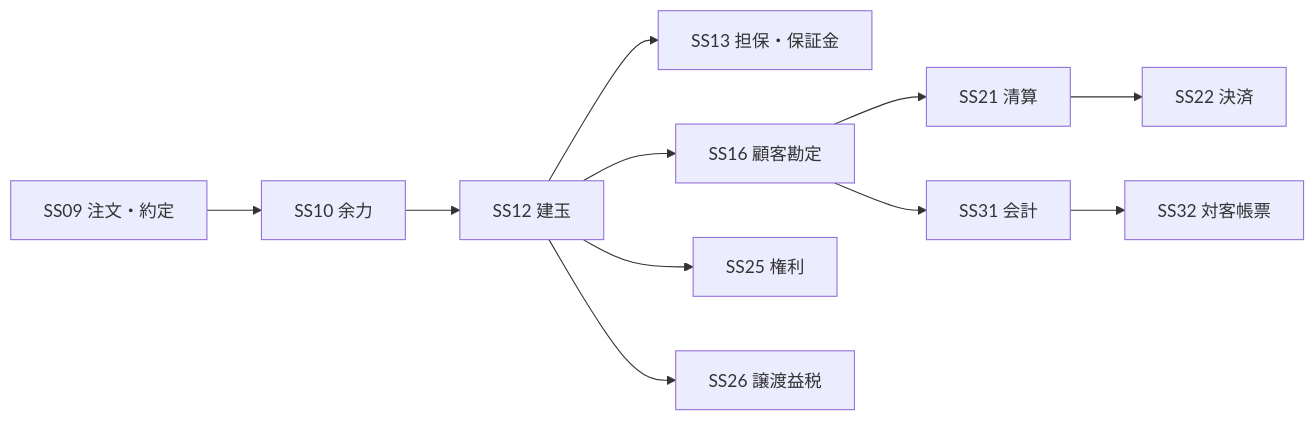
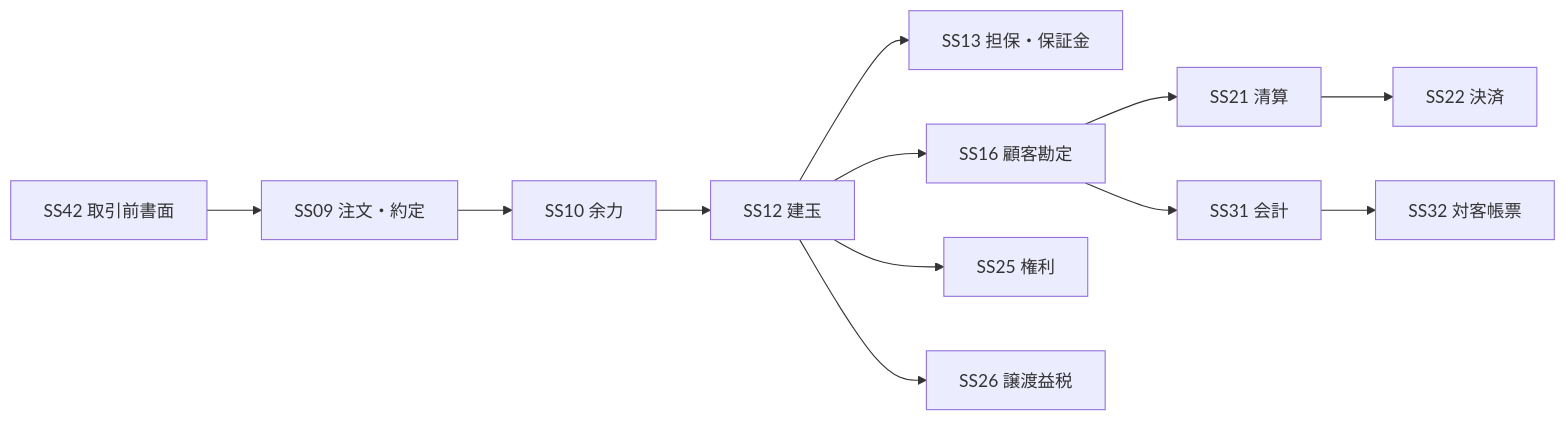
The diagram in docs/01-architecture/TRANSACTION_CATALOG.md (skyTreeCN/jp-securitie-skills), drawn with Mermaid before and after one commit. The commit also changed other lines of this file, not shown here.

````diff
--- a/docs/01-architecture/TRANSACTION_CATALOG.md
+++ b/docs/01-architecture/TRANSACTION_CATALOG.md
@@ -23,13 +31,14 @@
 ```mermaid
 flowchart LR
-  A[SS09 注文・約定] --> B[SS10 余力]
+  D[SS42 取引前書面] --> A[SS09 注文・約定]
+  A --> B[SS10 余力]
   B --> C[SS12 建玉]
-  C --> D[SS13 担保・保証金]
+  C --> M[SS13 担保・保証金]
   C --> E[SS16 顧客勘定]
   E --> F[SS21 清算]
   F --> G[SS22 決済]
   C --> H[SS25 権利]
   C --> I[SS26 譲渡益税]
   E --> J[SS31 会計]
   J --> K[SS32 対客帳票]
 ```
````
